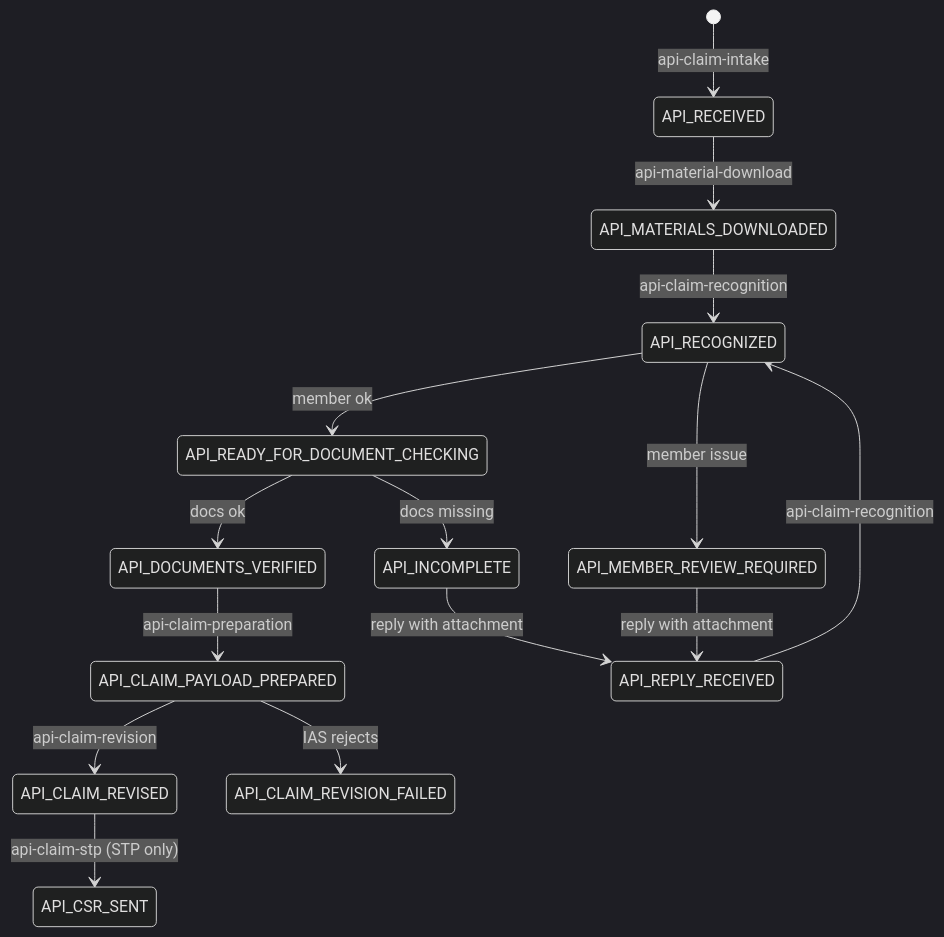
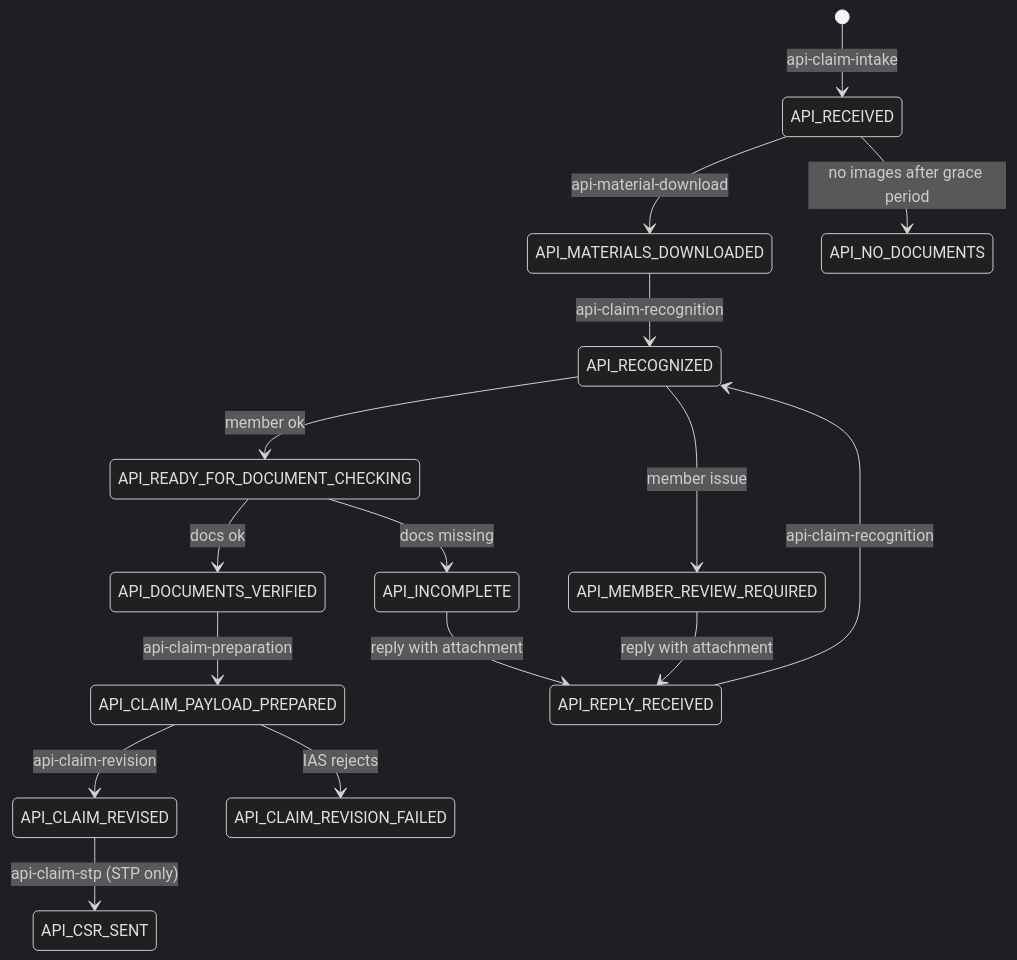
One commit to stevenyeo99/ulink-admin changed the second of 2 diagrams in docs/imp/day1/api-case-workflow.md. Above: the diagram before and after it, drawn with Mermaid (dark theme). The commit also changed other lines of this file and 22 other files, not shown here.

Commit message:
Implemennt Pass each API job the previous job's output; store console images as case documents

````diff
--- a/docs/imp/day1/api-case-workflow.md
+++ b/docs/imp/day1/api-case-workflow.md
@@ -96,17 +97,18 @@
 ```mermaid
 stateDiagram-v2
   [*] --> API_RECEIVED: api-claim-intake
   API_RECEIVED --> API_MATERIALS_DOWNLOADED: api-material-download
+  API_RECEIVED --> API_NO_DOCUMENTS: no images after grace period
   API_MATERIALS_DOWNLOADED --> API_RECOGNIZED: api-claim-recognition
   API_REPLY_RECEIVED --> API_RECOGNIZED: api-claim-recognition
   API_RECOGNIZED --> API_READY_FOR_DOCUMENT_CHECKING: member ok
   API_RECOGNIZED --> API_MEMBER_REVIEW_REQUIRED: member issue
   API_READY_FOR_DOCUMENT_CHECKING --> API_DOCUMENTS_VERIFIED: docs ok
   API_READY_FOR_DOCUMENT_CHECKING --> API_INCOMPLETE: docs missing
   API_MEMBER_REVIEW_REQUIRED --> API_REPLY_RECEIVED: reply with attachment
   API_INCOMPLETE --> API_REPLY_RECEIVED: reply with attachment
   API_DOCUMENTS_VERIFIED --> API_CLAIM_PAYLOAD_PREPARED: api-claim-preparation
   API_CLAIM_PAYLOAD_PREPARED --> API_CLAIM_REVISED: api-claim-revision
   API_CLAIM_PAYLOAD_PREPARED --> API_CLAIM_REVISION_FAILED: IAS rejects
   API_CLAIM_REVISED --> API_CSR_SENT: api-claim-stp (STP only)
 ```
````
